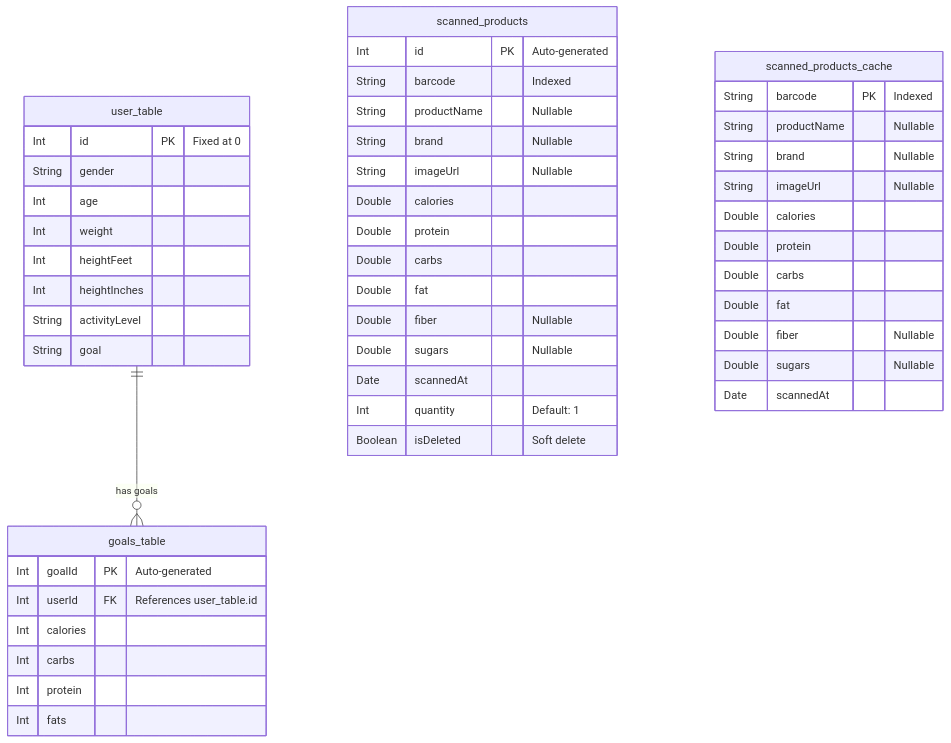
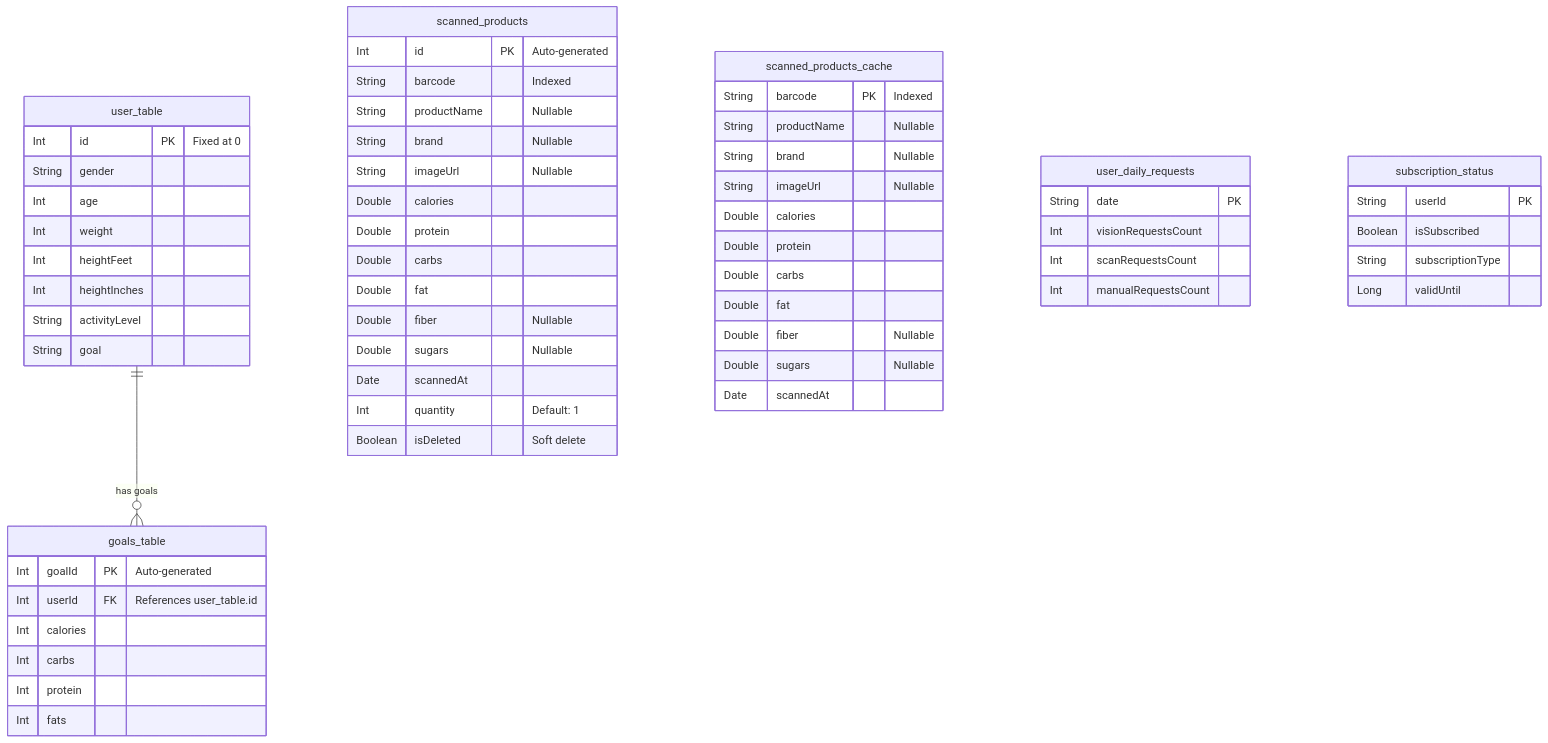
The diagram in docs/DATA_LAYER.md (saqibcheema/calourie_ai), drawn with Mermaid before and after one commit. The commit also changed other lines of this file and 5 other files, not shown here.

Commit message:
docs: add architecture and layer documentation files to project repository

````diff
--- a/docs/DATA_LAYER.md
+++ b/docs/DATA_LAYER.md
@@ -18,55 +18,69 @@
 ```mermaid
 erDiagram
     user_table {
         Int id PK "Fixed at 0"
         String gender
         Int age
         Int weight
         Int heightFeet
         Int heightInches
         String activityLevel
         String goal
     }
 
     goals_table {
         Int goalId PK "Auto-generated"
         Int userId FK "References user_table.id"
         Int calories
         Int carbs
         Int protein
         Int fats
     }
 
     scanned_products {
         Int id PK "Auto-generated"
         String barcode "Indexed"
         String productName "Nullable"
         String brand "Nullable"
         String imageUrl "Nullable"
         Double calories
         Double protein
         Double carbs
         Double fat
         Double fiber "Nullable"
         Double sugars "Nullable"
         Date scannedAt
         Int quantity "Default: 1"
         Boolean isDeleted "Soft delete"
     }
 
     scanned_products_cache {
         String barcode PK "Indexed"
         String productName "Nullable"
         String brand "Nullable"
         String imageUrl "Nullable"
         Double calories
         Double protein
         Double carbs
         Double fat
         Double fiber "Nullable"
         Double sugars "Nullable"
         Date scannedAt
     }
 
+    user_daily_requests {
+        String date PK
+        Int visionRequestsCount
+        Int scanRequestsCount
+        Int manualRequestsCount
+    }
+
+    subscription_status {
+        String userId PK
+        Boolean isSubscribed
+        String subscriptionType
+        Long validUntil
+    }
+
     user_table ||--o{ goals_table : "has goals"
 ```
````
